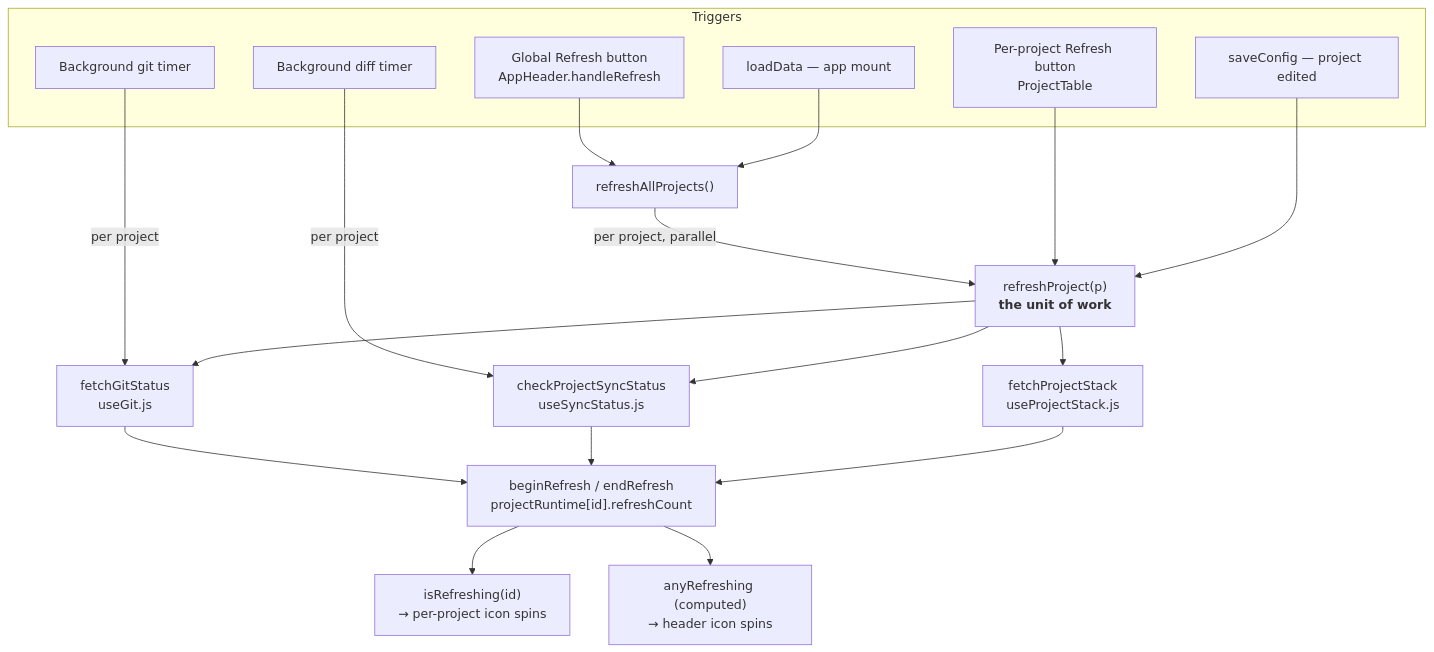
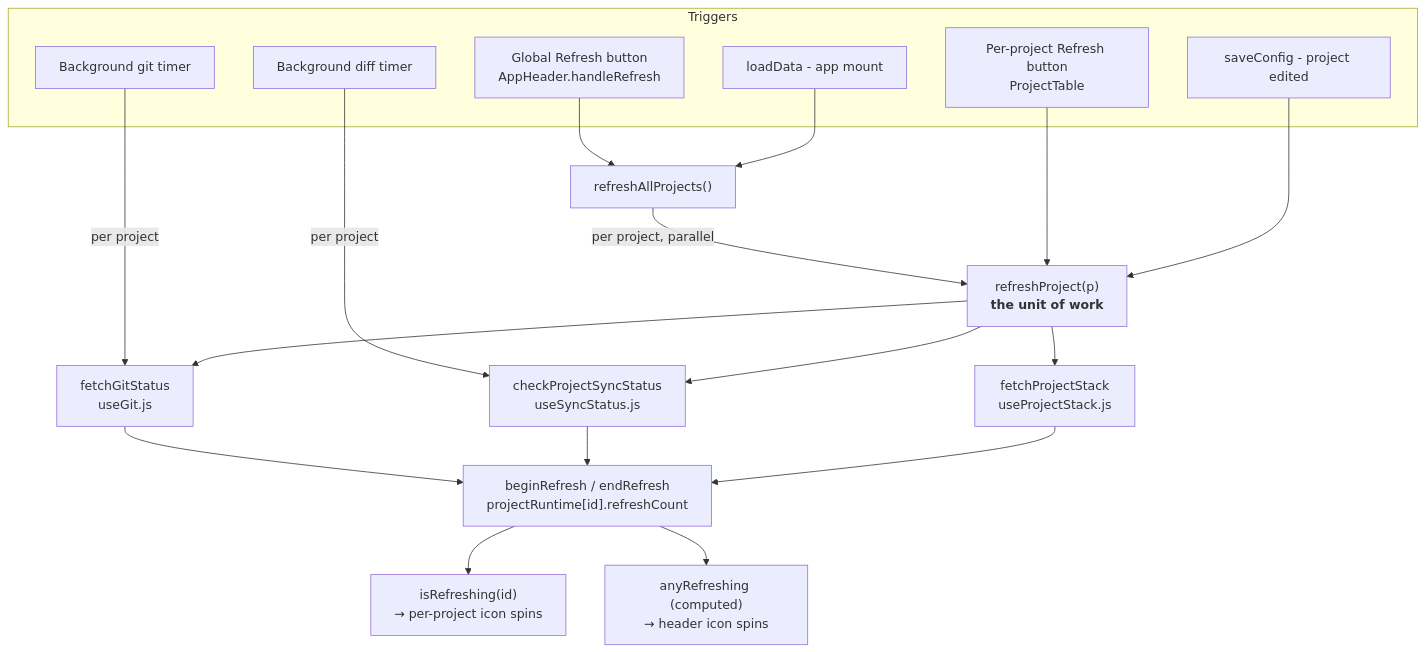
Before and after one commit to lacvietanh/aki-dev-sync: the first of 3 diagrams in docs/arch/refresh-controller.md, drawn with Mermaid. The commit also changed other lines of this file and 36 other files, not shown here.

Commit message:
docs(ref): add multi-instance AGY CLI discovery research and update architecture docs

````diff
--- a/docs/arch/refresh-controller.md
+++ b/docs/arch/refresh-controller.md
@@ -34,31 +34,31 @@
 ```mermaid
 flowchart TD
     subgraph Triggers
         T1["Global Refresh button<br/>AppHeader.handleRefresh"]
         T2["Per-project Refresh button<br/>ProjectTable"]
         T3["Background git timer"]
         T4["Background diff timer"]
-        T5["saveConfig — project edited"]
-        T6["loadData — app mount"]
+        T5["saveConfig - project edited"]
+        T6["loadData - app mount"]
     end
 
     T1 --> RA["refreshAllProjects()"]
     T6 --> RA
     RA -->|"per project, parallel"| RP
     T2 --> RP["refreshProject(p)<br/><b>the unit of work</b>"]
     T5 --> RP
     T3 -->|"per project"| C1
     T4 -->|"per project"| C2
 
     RP --> C1["fetchGitStatus<br/>useGit.js"]
     RP --> C2["checkProjectSyncStatus<br/>useSyncStatus.js"]
     RP --> C3["fetchProjectStack<br/>useProjectStack.js"]
 
     C1 --> BUSY
     C2 --> BUSY
     C3 --> BUSY
     BUSY["beginRefresh / endRefresh<br/>projectRuntime[id].refreshCount"]
 
     BUSY --> UI1["isRefreshing(id)<br/>→ per-project icon spins"]
     BUSY --> UI2["anyRefreshing (computed)<br/>→ header icon spins"]
 ```
````
